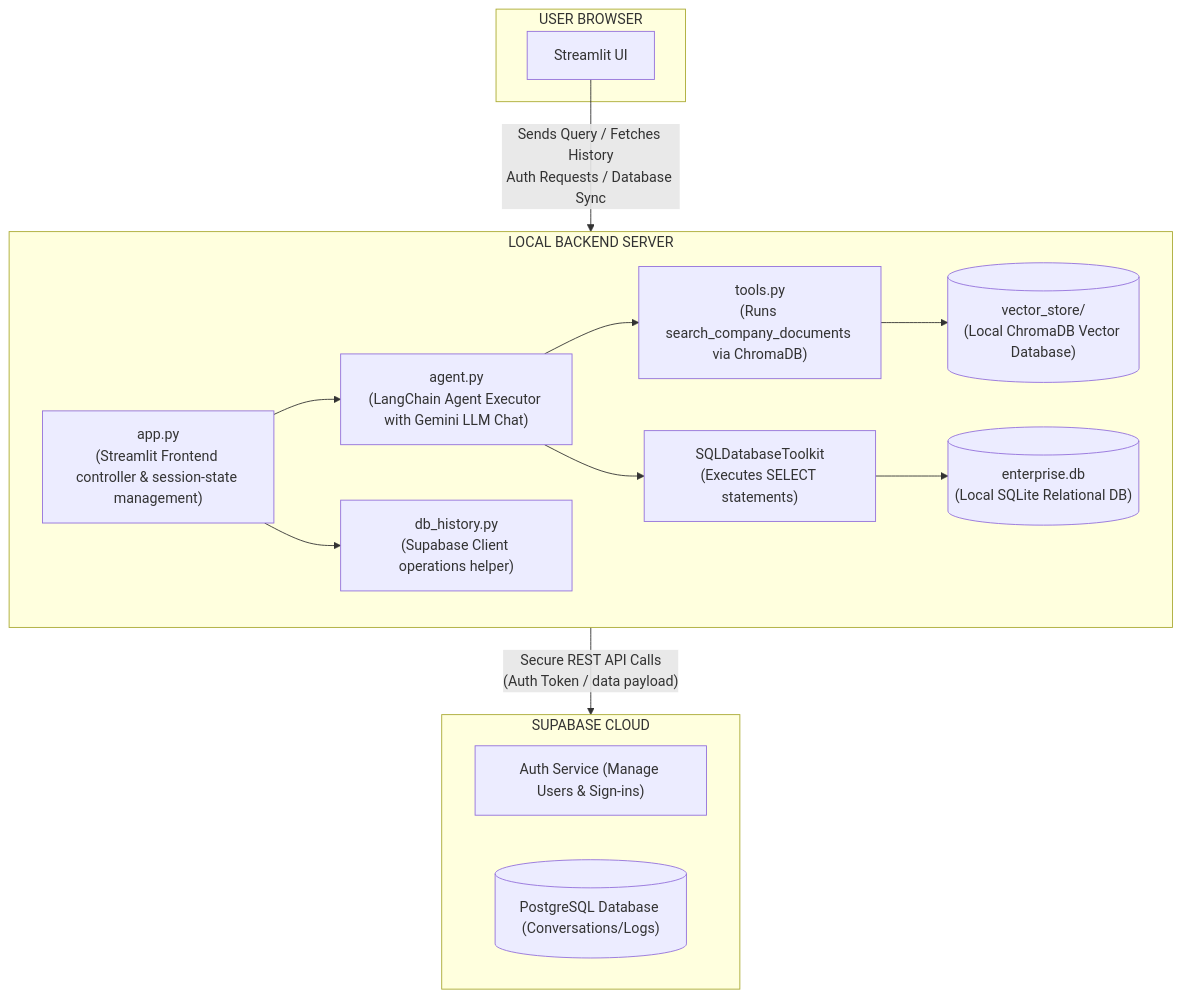
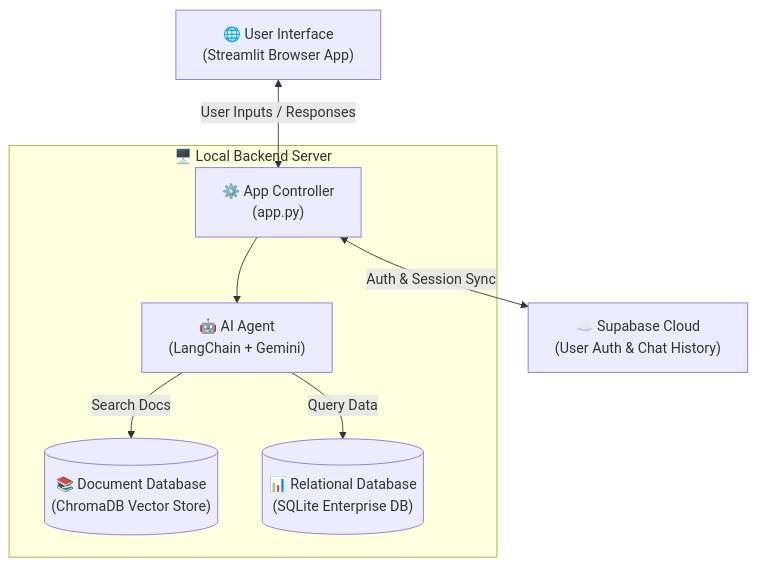
Before and after one commit to snehawalve/BizWhisperer-Smart-AI-Data-Agent: the diagram in README.md, drawn with Mermaid. The commit also changed other lines of this file, not shown here.

````diff
--- a/README.md
+++ b/README.md
@@ -29,31 +29,20 @@
 ```mermaid
 flowchart TD
-    subgraph Browser ["USER BROWSER"]
-        UI["Streamlit UI<br/>"]
+    A["🌐 User Interface<br/>(Streamlit Browser App)"] 
+    
+    subgraph Server ["🖥️ Local Backend Server"]
+        B["⚙️ App Controller<br/>(app.py)"]
+        C["🤖 AI Agent<br/>(LangChain + Gemini)"]
+        D[("📚 Document Database<br/>(ChromaDB Vector Store)")]
+        E[("📊 Relational Database<br/>(SQLite Enterprise DB)")]
+        
+        B --> C
+        C -->|Search Docs| D
+        C -->|Query Data| E
     end
 
-    subgraph Server ["LOCAL BACKEND SERVER"]
-        APP["app.py<br/>(Streamlit Frontend controller & session-state management)"]
-        AGENT["agent.py<br/>(LangChain Agent Executor with Gemini LLM Chat)"]
-        TOOLS["tools.py<br/>(Runs search_company_documents via ChromaDB)"]
-        CHROMA[("vector_store/<br/>(Local ChromaDB Vector Database)")]
-        SQL_TOOL["SQLDatabaseToolkit<br/>(Executes SELECT statements)"]
-        SQLITE[("enterprise.db<br/>(Local SQLite Relational DB)")]
-        DB_HIST["db_history.py<br/>(Supabase Client operations helper)"]
+    F["☁️ Supabase Cloud<br/>(User Auth & Chat History)"]
 
-        APP --> AGENT
-        AGENT --> TOOLS
-        TOOLS --> CHROMA
-        AGENT --> SQL_TOOL
-        SQL_TOOL --> SQLITE
-        APP --> DB_HIST
-    end
-
-    subgraph Cloud ["SUPABASE CLOUD"]
-        AUTH["Auth Service (Manage Users & Sign-ins)"]
-        POSTGRES[("PostgreSQL Database (Conversations/Logs)")]
-    end
-
-    UI -->|"Sends Query / Fetches History<br/>Auth Requests / Database Sync"| Server
-    Server -->|"Secure REST API Calls<br/>(Auth Token / data payload)"| Cloud
+    A <-->|"User Inputs / Responses"| B
+    B <-->|"Auth & Session Sync"| F
 ```
````
